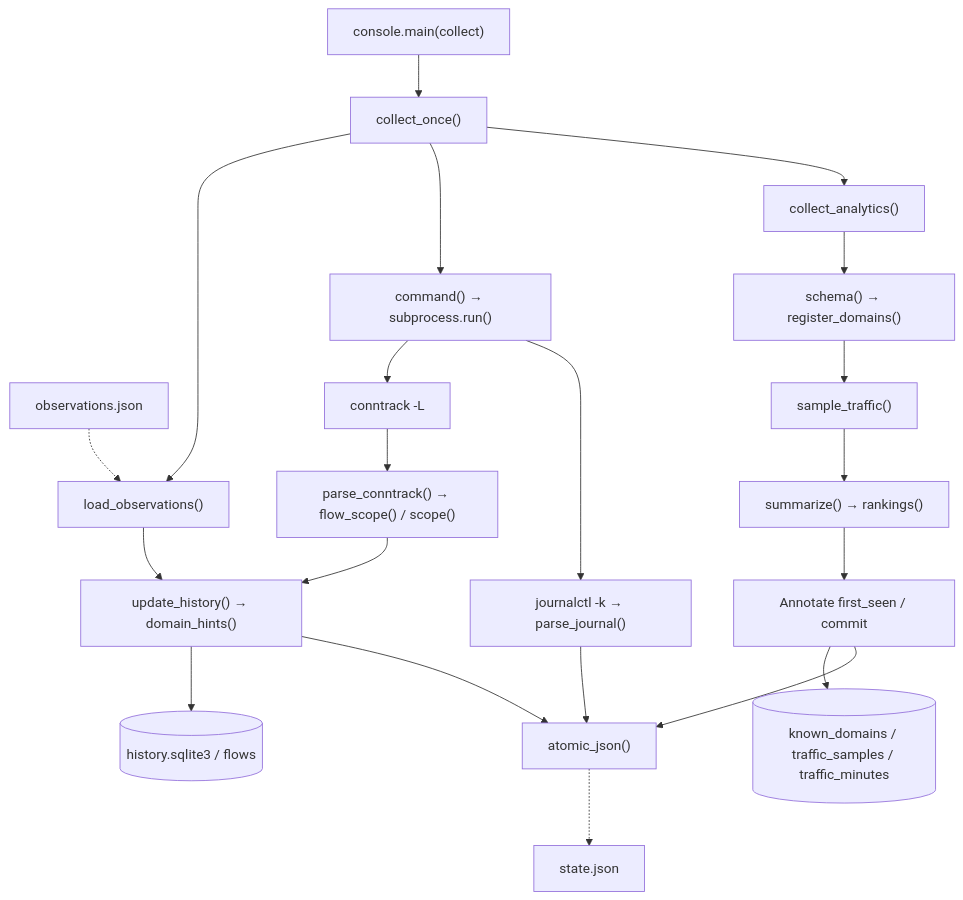
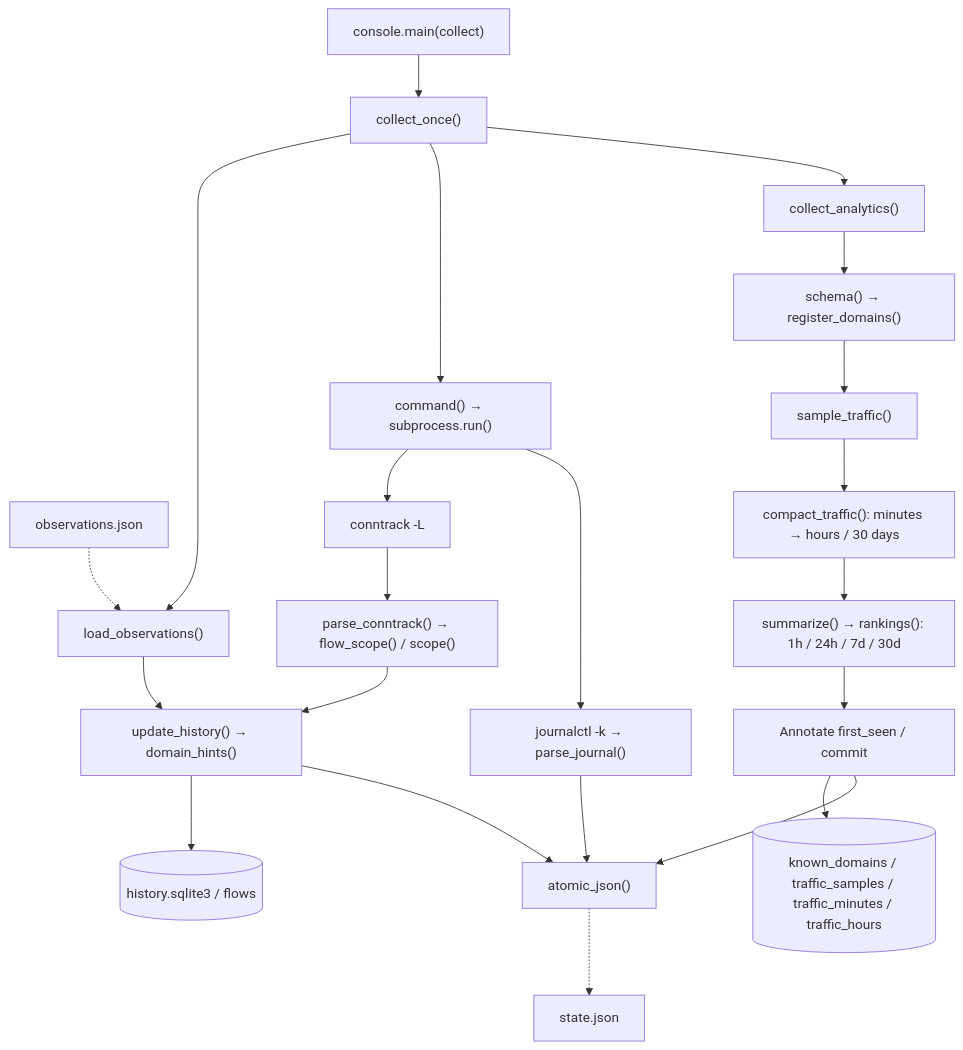
Before and after one commit to ysuito/RabbitWall: the third of 7 diagrams in docs/PROGRAM_FLOW.ja.md, drawn with Mermaid. The commit also changed other lines of this file and 9 other files, not shown here.

````diff
--- a/docs/PROGRAM_FLOW.ja.md
+++ b/docs/PROGRAM_FLOW.ja.md
@@ -68,23 +68,24 @@
 ```mermaid
 flowchart TB
     Main["console.main(collect)"] --> Collect["collect_once()"]
     Collect --> Observe["load_observations()"]
     Obs["observations.json"] -.-> Observe
     Collect --> Cmd["command() → subprocess.run()"]
     Cmd --> Conn["conntrack -L"]
     Conn --> Parse["parse_conntrack() → flow_scope() / scope()"]
     Observe --> Hist["update_history() → domain_hints()"]
     Parse --> Hist
     Hist --> DB[("history.sqlite3 / flows")]
     Collect --> Analytics["collect_analytics()"]
     Analytics --> Schema["schema() → register_domains()"]
     Schema --> Sample["sample_traffic()"]
-    Sample --> Summary["summarize() → rankings()"]
+    Sample --> Compact["compact_traffic(): minutes → hours / 30 days"]
+    Compact --> Summary["summarize() → rankings(): 1h / 24h / 7d / 30d"]
     Summary --> Commit["Annotate first_seen / commit"]
-    Commit --> DB2[("known_domains / traffic_samples / traffic_minutes")]
+    Commit --> DB2[("known_domains / traffic_samples / traffic_minutes / traffic_hours")]
     Cmd --> Journal["journalctl -k → parse_journal()"]
     Hist --> State["atomic_json()"]
     Commit --> State
     Journal --> State
     State -.-> JSON["state.json"]
 ```
````
